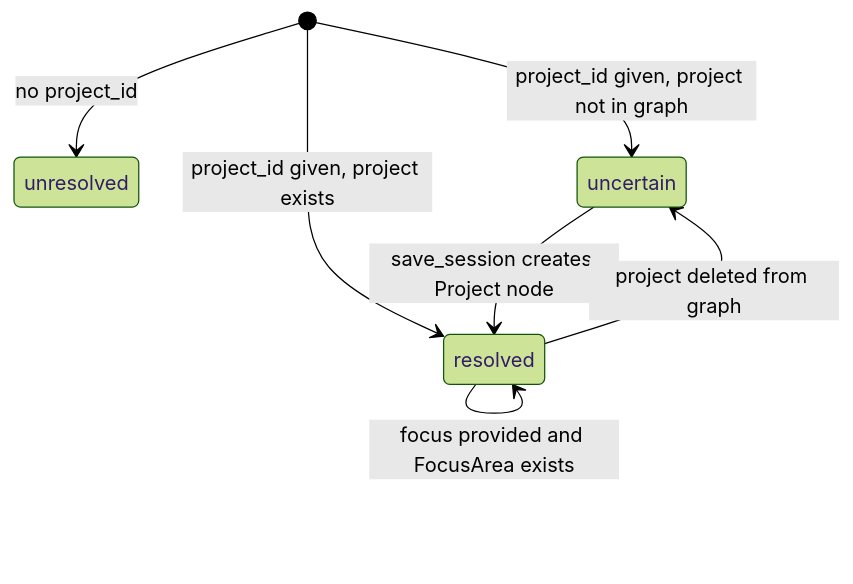
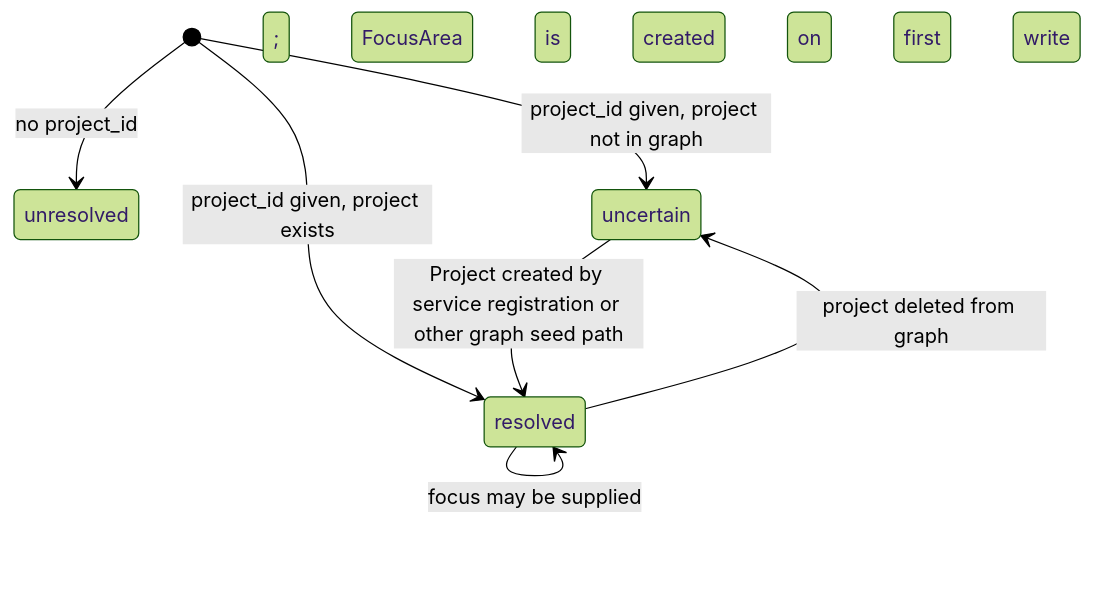
The diagram in docs/concepts/scope-resolution.md (khoavu882/graphbase-memories-mcp), drawn with Mermaid (forest theme) before and after one commit. The commit also changed other lines of this file and 10 other files, not shown here.

````diff
--- a/docs/concepts/scope-resolution.md
+++ b/docs/concepts/scope-resolution.md
@@ -20,10 +20,10 @@
 ```mermaid
 stateDiagram-v2
     [*] --> unresolved : no project_id
     [*] --> uncertain : project_id given, project not in graph
     [*] --> resolved : project_id given, project exists
 
-    uncertain --> resolved : save_session creates Project node
-    resolved --> resolved : focus provided and FocusArea exists
+    uncertain --> resolved : Project created by service registration or other graph seed path
+    resolved --> resolved : focus may be supplied; FocusArea is created on first write
     resolved --> uncertain : project deleted from graph
 ```
````
